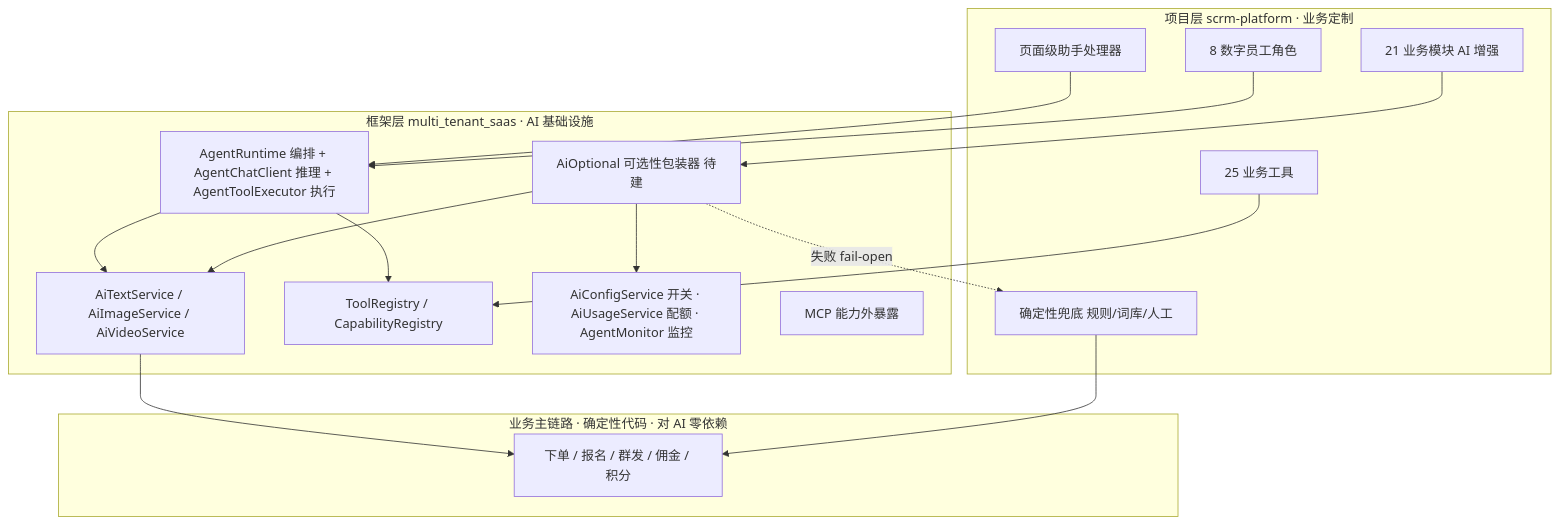
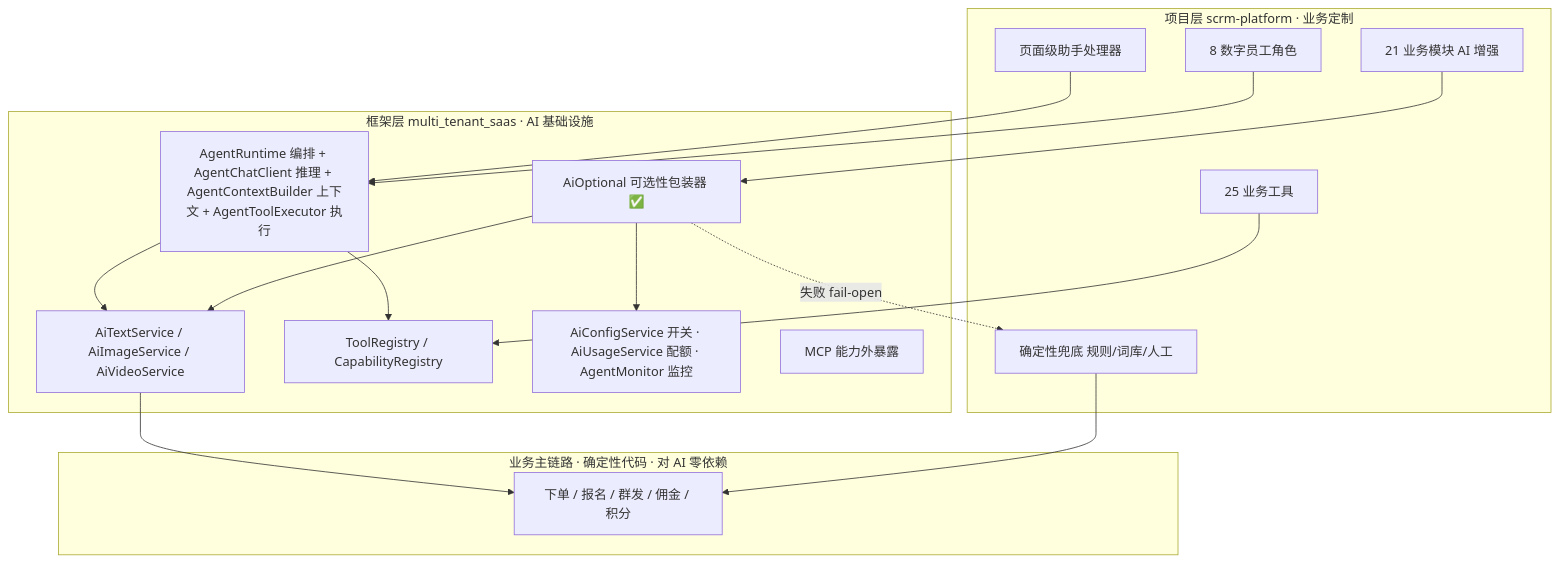
One commit to dsplat/multi-tenant-saas changed the second of 6 diagrams in docs/ai-usage-architecture.md. Above: the diagram before and after it, drawn with Mermaid. The commit also changed other lines of this file and 67 other files, not shown here.

````diff
--- a/docs/ai-usage-architecture.md
+++ b/docs/ai-usage-architecture.md
@@ -774,32 +774,32 @@
 ```mermaid
 graph TB
     subgraph PROJ[项目层 scrm-platform · 业务定制]
         TOOLS[25 业务工具]
         ROLES[8 数字员工角色]
         MODS[21 业务模块 AI 增强]
         PAGE[页面级助手处理器]
         FALLBACK[确定性兜底 规则/词库/人工]
     end
     subgraph FW[框架层 multi_tenant_saas · AI 基础设施]
-        AIOPT[AiOptional 可选性包装器 待建]
-        RT[AgentRuntime 编排 + AgentChatClient 推理 + AgentToolExecutor 执行]
+        AIOPT[AiOptional 可选性包装器 ✅]
+        RT[AgentRuntime 编排 + AgentChatClient 推理 + AgentContextBuilder 上下文 + AgentToolExecutor 执行]
         TXT[AiTextService / AiImageService / AiVideoService]
         REG[ToolRegistry / CapabilityRegistry]
         GOV[AiConfigService 开关 · AiUsageService 配额 · AgentMonitor 监控]
         MCP[MCP 能力外暴露]
     end
     subgraph BIZ[业务主链路 · 确定性代码 · 对 AI 零依赖]
         ORDER[下单 / 报名 / 群发 / 佣金 / 积分]
     end
     TOOLS --> REG
     ROLES --> RT
     MODS --> AIOPT
     PAGE --> RT
     AIOPT --> TXT
     AIOPT --> GOV
     RT --> TXT
     RT --> REG
     AIOPT -. 失败 fail-open .-> FALLBACK
     FALLBACK --> ORDER
     TXT --> ORDER
 ```
````
